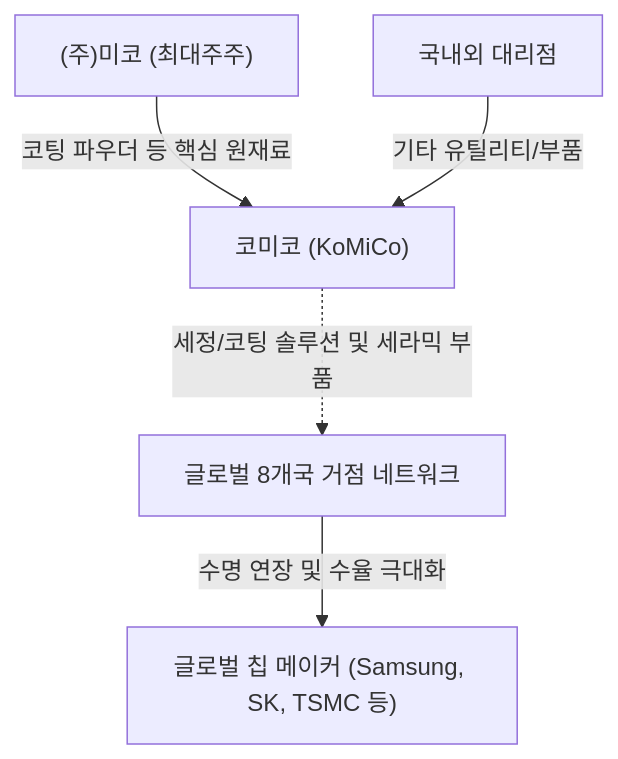
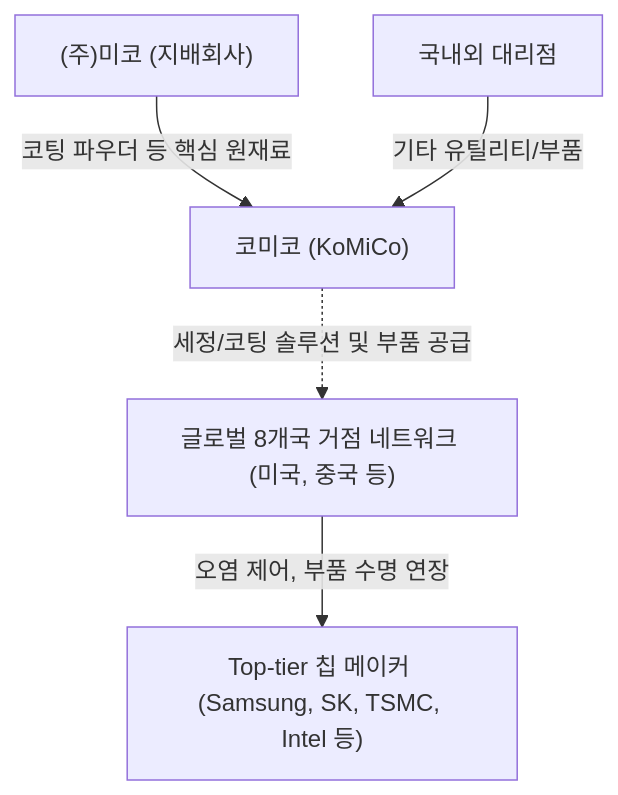
Before and after one commit to eve830521-cmd/my-skill: the diagram in Stock_Research/코미코/3_Final_Reports/Phase1_Report.md, drawn with Mermaid. The commit also changed other lines of this file and 120 other files, not shown here.

Commit message:
feat: Update Korean Stock Analyzer skill, stock research reports, and timelines

````diff
--- a/Stock_Research/코미코/3_Final_Reports/Phase1_Report.md
+++ b/Stock_Research/코미코/3_Final_Reports/Phase1_Report.md
@@ -6,7 +9,7 @@
 ```mermaid
 graph TD
-    A["(주)미코 (최대주주)"] -->|"코팅 파우더 등 핵심 원재료"| B["코미코 (KoMiCo)"]
+    A["(주)미코 (지배회사)"] -->|"코팅 파우더 등 핵심 원재료"| B["코미코 (KoMiCo)"]
     C["국내외 대리점"] -->|"기타 유틸리티/부품"| B
-    B -. "세정/코팅 솔루션 및 세라믹 부품" .-> D["글로벌 8개국 거점 네트워크"]
-    D -->|"수명 연장 및 수율 극대화"| E["글로벌 칩 메이커 (Samsung, SK, TSMC 등)"]
+    B -. "세정/코팅 솔루션 및 부품 공급" .-> D["글로벌 8개국 거점 네트워크 (미국, 중국 등)"]
+    D -->|"오염 제어, 부품 수명 연장"| E["Top-tier 칩 메이커 (Samsung, SK, TSMC, Intel 등)"]
 ```
````
